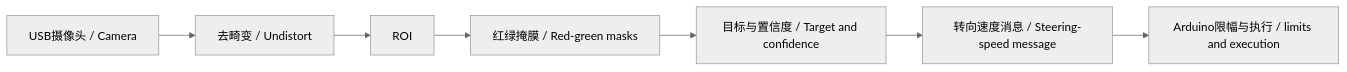
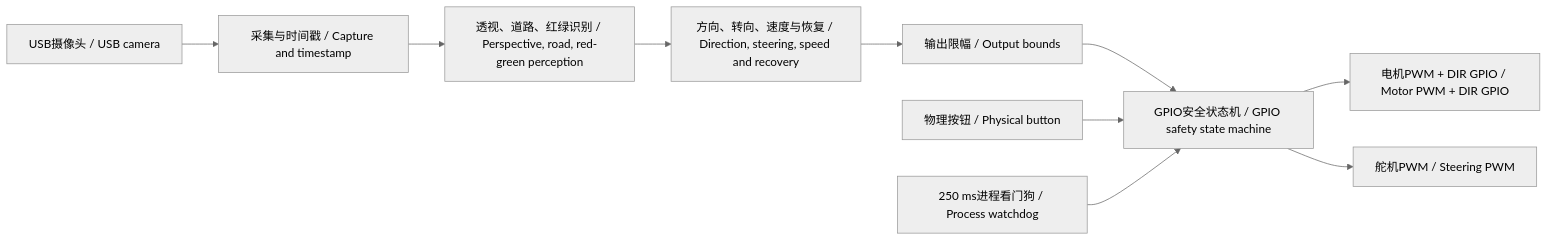
The first of 2 diagrams in other其他/software-architecture.md (chinaxueyuannew/wro2026-nanjingBSSN), drawn with Mermaid (neutral theme) before and after one commit. The commit also changed other lines of this file and 32 other files, not shown here.

````diff
--- a/other其他/software-architecture.md
+++ b/other其他/software-architecture.md
@@ -61,9 +7,12 @@
 ```mermaid
 flowchart LR
-  C["USB摄像头 / Camera"] --> U["去畸变 / Undistort"]
-  U --> R["ROI"]
-  R --> M["红绿掩膜 / Red-green masks"]
-  M --> T["目标与置信度 / Target and confidence"]
-  T --> S["转向速度消息 / Steering-speed message"]
-  S --> A["Arduino限幅与执行 / limits and execution"]
+  C["USB摄像头 / USB camera"] --> A["采集与时间戳 / Capture and timestamp"]
+  A --> V["透视、道路、红绿识别 / Perspective, road, red-green perception"]
+  V --> D["方向、转向、速度与恢复 / Direction, steering, speed and recovery"]
+  D --> B["输出限幅 / Output bounds"]
+  B --> S["GPIO安全状态机 / GPIO safety state machine"]
+  P["物理按钮 / Physical button"] --> S
+  S --> M["电机PWM + DIR GPIO / Motor PWM + DIR GPIO"]
+  S --> R["舵机PWM / Steering PWM"]
+  W["250 ms进程看门狗 / Process watchdog"] --> S
 ```
````
